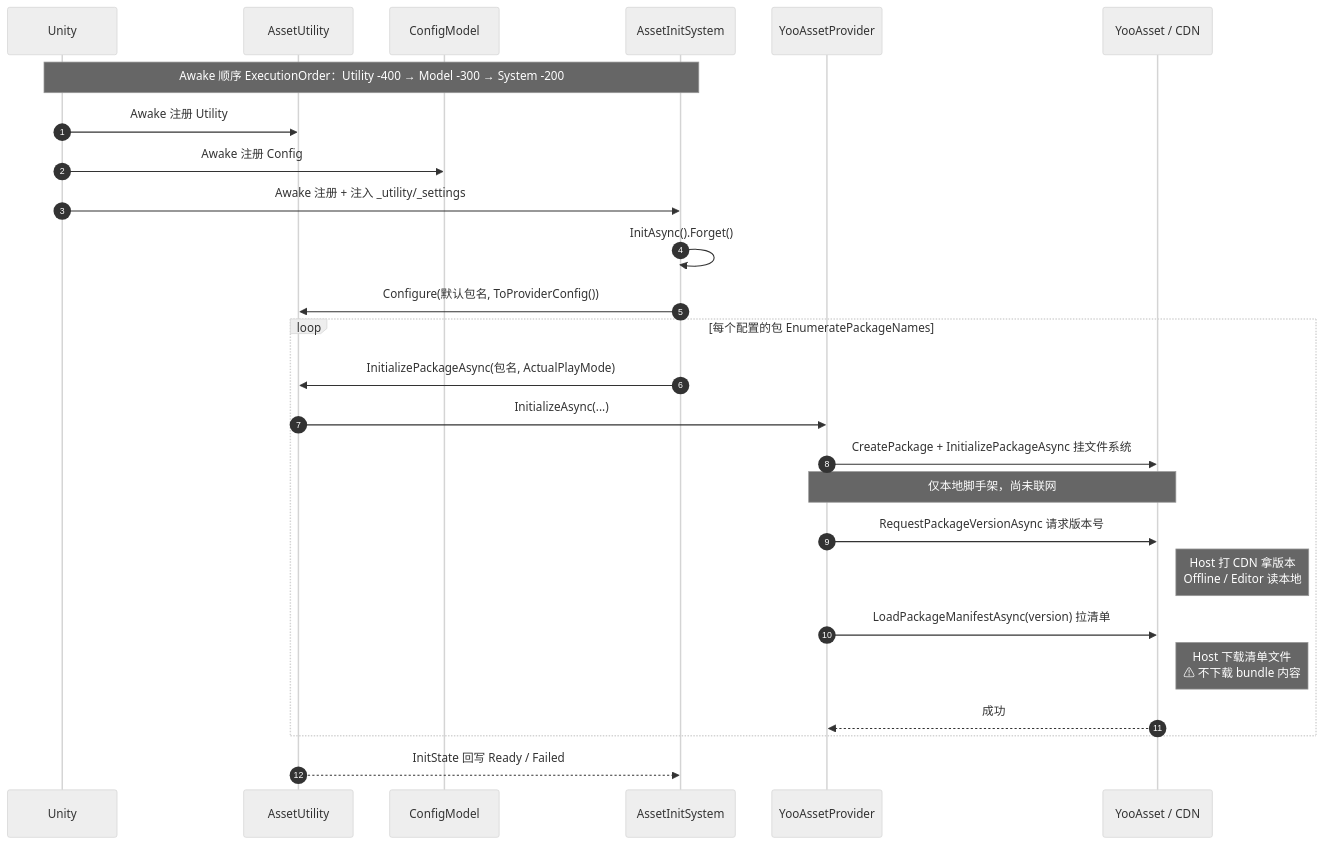
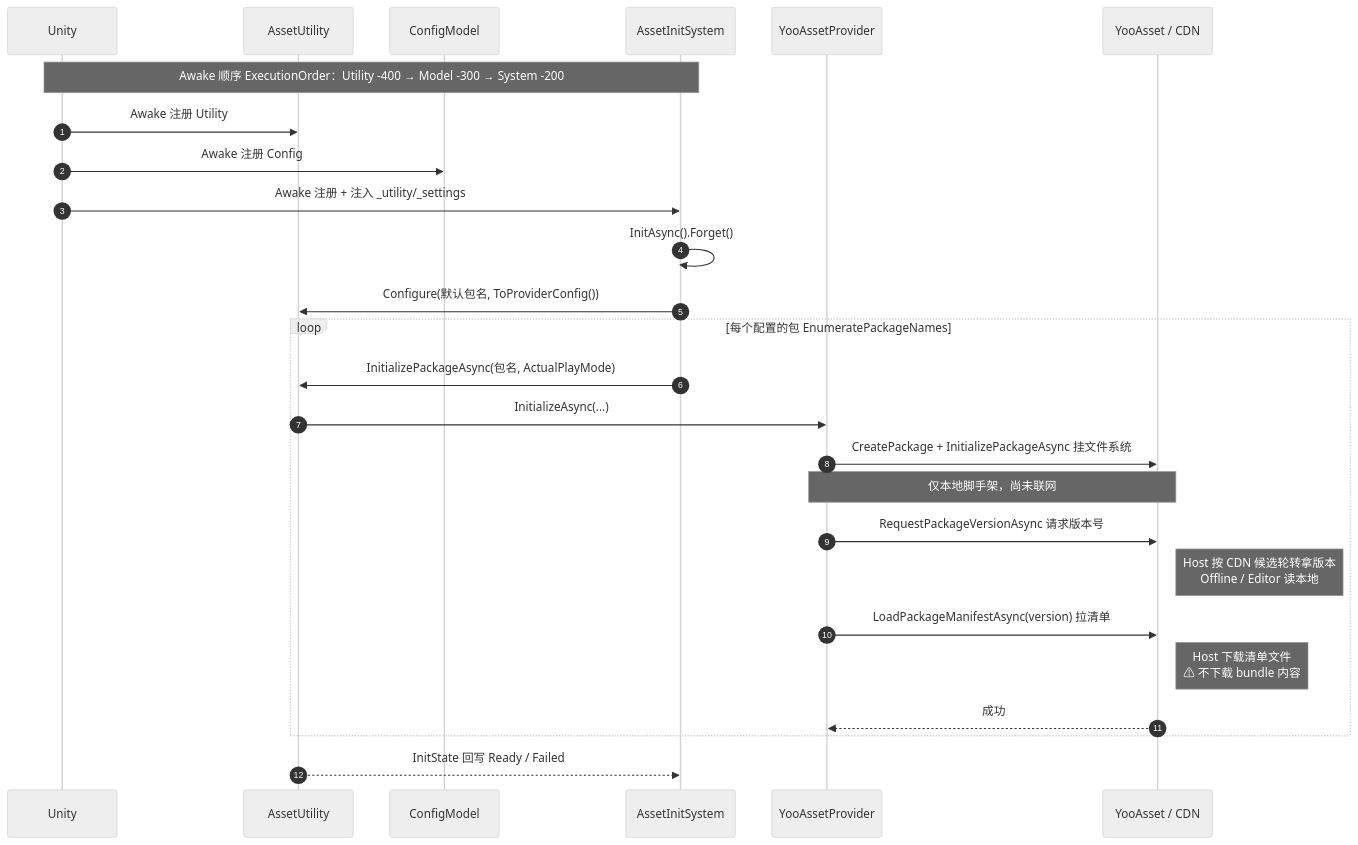
The second of 5 diagrams in docs/asset-system-flow.md (heroliss/SSFramework), drawn with Mermaid (neutral theme) before and after one commit. The commit also changed other lines of this file and 15 other files, not shown here.

````diff
--- a/docs/asset-system-flow.md
+++ b/docs/asset-system-flow.md
@@ -35,29 +35,29 @@
 ```mermaid
 sequenceDiagram
     autonumber
     participant U as Unity
     participant Util as AssetUtility
     participant Cfg as ConfigModel
     participant Sys as AssetInitSystem
     participant Prov as YooAssetProvider
     participant Yoo as YooAsset / CDN
 
     Note over U,Sys: Awake 顺序 ExecutionOrder：Utility -400 → Model -300 → System -200
     U->>Util: Awake 注册 Utility
     U->>Cfg: Awake 注册 Config
     U->>Sys: Awake 注册 + 注入 _utility/_settings
     Sys->>Sys: InitAsync().Forget()
     Sys->>Util: Configure(默认包名, ToProviderConfig())
     loop 每个配置的包 EnumeratePackageNames
         Sys->>Util: InitializePackageAsync(包名, ActualPlayMode)
         Util->>Prov: InitializeAsync(...)
         Prov->>Yoo: CreatePackage + InitializePackageAsync 挂文件系统
         Note over Prov,Yoo: 仅本地脚手架，尚未联网
         Prov->>Yoo: RequestPackageVersionAsync 请求版本号
-        Note right of Yoo: Host 打 CDN 拿版本<br/>Offline / Editor 读本地
+        Note right of Yoo: Host 按 CDN 候选轮转拿版本<br/>Offline / Editor 读本地
         Prov->>Yoo: LoadPackageManifestAsync(version) 拉清单
         Note right of Yoo: Host 下载清单文件<br/>⚠ 不下载 bundle 内容
         Yoo-->>Prov: 成功
     end
     Util-->>Sys: InitState 回写 Ready / Failed
 ```
````
